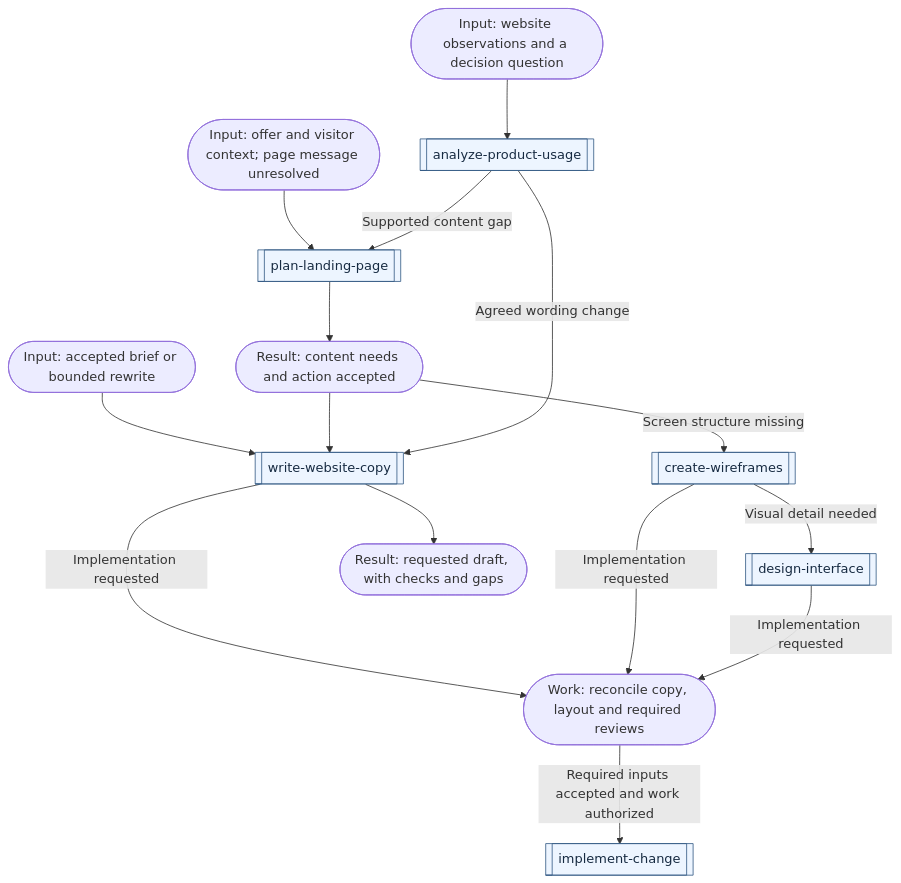
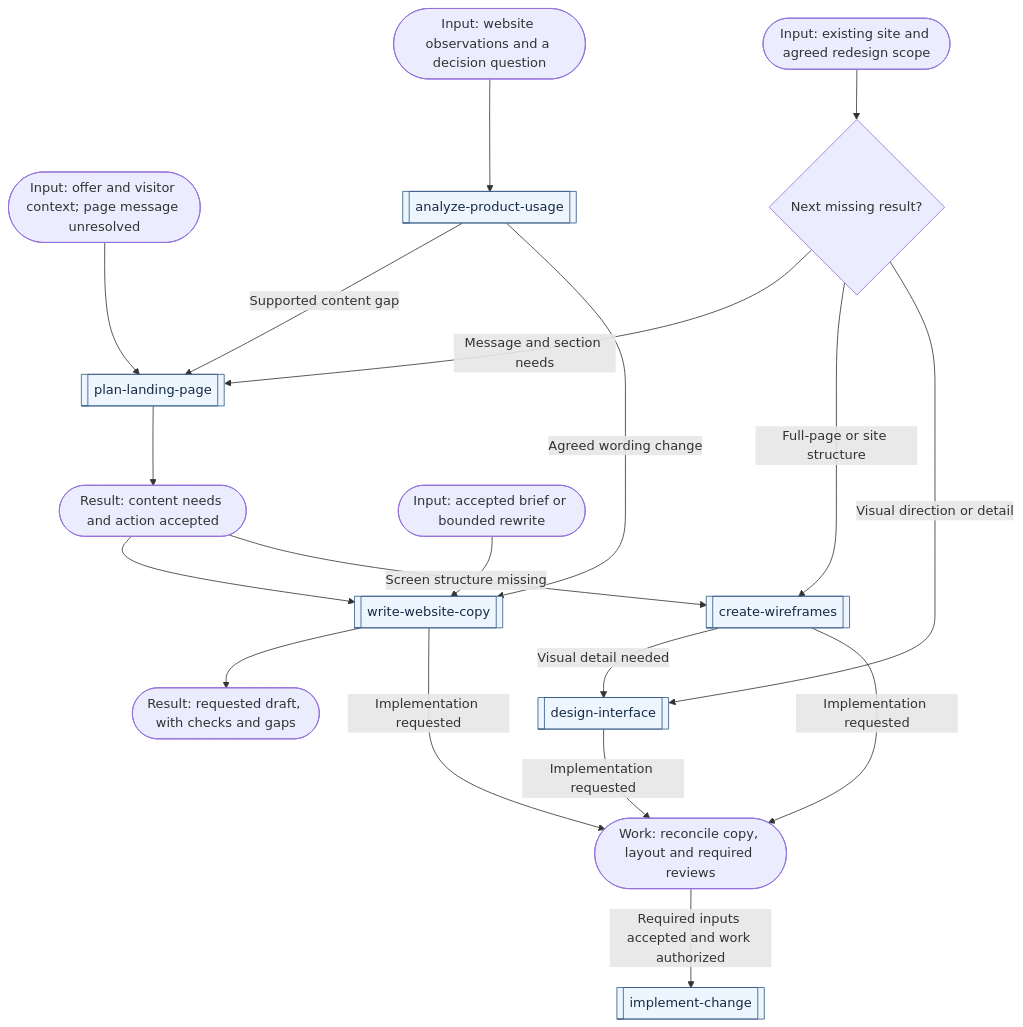
Before and after one commit to bobalazek/skills: the fourth of 7 diagrams in docs/workflows.md, drawn with Mermaid. The commit also changed other lines of this file and 14 other files, not shown here.

Commit message:
feat(design): deepen website planning and redesign workflows (#28)

````diff
--- a/docs/workflows.md
+++ b/docs/workflows.md
@@ -190,19 +192,23 @@
 ```mermaid
 flowchart TD
   Need(["Input: offer and visitor context; page message unresolved"]) --> Plan[["plan-landing-page"]]
   Plan --> Agreed(["Result: content needs and action accepted"])
   Brief(["Input: accepted brief or bounded rewrite"]) --> Copy[["write-website-copy"]]
+  Existing(["Input: existing site and agreed redesign scope"]) --> Gap{"Next missing result?"}
+  Gap -->|Message and section needs| Plan
+  Gap -->|Full-page or site structure| Wire
+  Gap -->|Visual direction or detail| Design
   Agreed --> Copy
   Agreed -->|Screen structure missing| Wire[["create-wireframes"]]
   Wire -->|Visual detail needed| Design[["design-interface"]]
   Copy --> Result(["Result: requested draft, with checks and gaps"])
   Copy -->|Implementation requested| Fit(["Work: reconcile copy, layout and required reviews"])
   Wire -->|Implementation requested| Fit
   Design -->|Implementation requested| Fit
   Fit -->|Required inputs accepted and work authorized| Build[["implement-change"]]
   Data(["Input: website observations and a decision question"]) --> Usage[["analyze-product-usage"]]
   Usage -->|Supported content gap| Plan
   Usage -->|Agreed wording change| Copy
   classDef skill fill:#edf5ff,stroke:#355b85,color:#172b42;
   class Plan,Copy,Wire,Design,Build,Usage skill;
 ```
````
